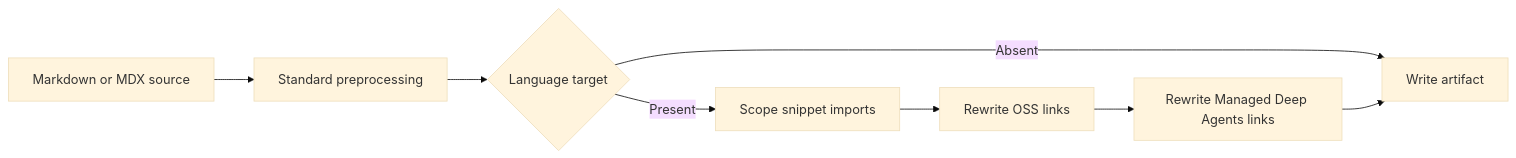
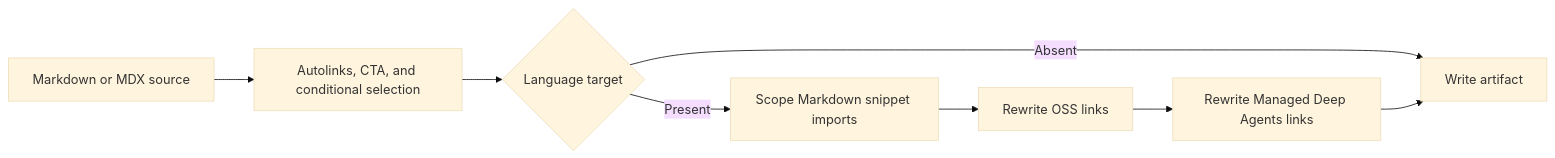
The second of 2 diagrams in openwiki/concepts/versioning.md (rishi-raj-jain/docs-1), drawn with Mermaid (base theme) before and after one commit. The commit also changed other lines of this file and 48 other files, not shown here.

````diff
--- a/openwiki/concepts/versioning.md
+++ b/openwiki/concepts/versioning.md
@@ -78,10 +87,10 @@
 ```mermaid
 flowchart LR
-    Input["Markdown or MDX source"] --> Preprocess["Standard preprocessing"]
+    Input["Markdown or MDX source"] --> Preprocess["Autolinks, CTA, and conditional selection"]
     Preprocess --> Target{"Language target"}
-    Target -->|"Present"| Imports["Scope snippet imports"]
-    Target -->|"Absent"| Output["Write artifact"]
+    Target -->|"Present"| Imports["Scope Markdown snippet imports"]
+    Target -->|"Absent"| Write["Write artifact"]
     Imports --> OssLinks["Rewrite OSS links"]
     OssLinks --> ManagedLinks["Rewrite Managed Deep Agents links"]
-    ManagedLinks --> Output
+    ManagedLinks --> Write
 ```
````
